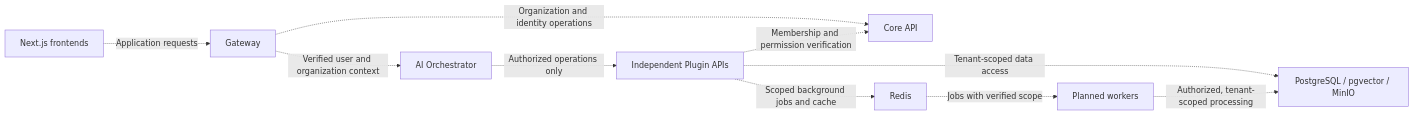
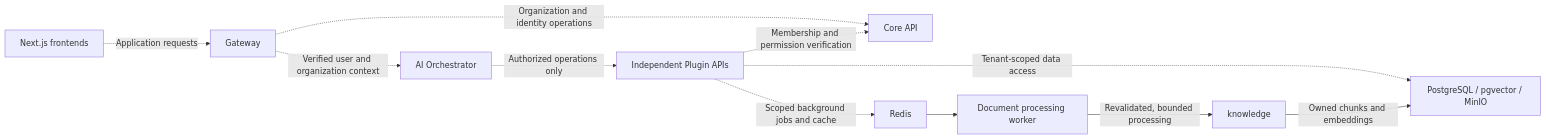
One commit to AndrixNg1/amani.ia changed the second of 3 diagrams in docs/architecture/diagrams/README.md. Above: the diagram before and after it, drawn with Mermaid. The commit also changed other lines of this file and 1 other file, not shown here.

Commit message:
docs(architecture): update processing implementation status

````diff
--- a/docs/architecture/diagrams/README.md
+++ b/docs/architecture/diagrams/README.md
@@ -105,12 +106,13 @@
 ```mermaid
 flowchart LR
     frontends["Next.js frontends"] -. "Application requests" .-> gateway["Gateway"]
     gateway -. "Organization and identity operations" .-> core["Core API"]
     gateway -. "Verified user and organization context" .-> orchestrator["AI Orchestrator"]
     orchestrator -. "Authorized operations only" .-> plugins["Independent Plugin APIs"]
     plugins -. "Membership and permission verification" .-> core
     plugins -. "Tenant-scoped data access" .-> storage["PostgreSQL / pgvector / MinIO"]
     plugins -. "Scoped background jobs and cache" .-> redis["Redis"]
-    redis -. "Jobs with verified scope" .-> workers["Planned workers"]
-    workers -. "Authorized, tenant-scoped processing" .-> storage
+    redis --> worker["Document processing worker"]
+    worker -->|"Revalidated, bounded processing"| knowledge
+    knowledge -->|"Owned chunks and embeddings"| storage
 ```
````
